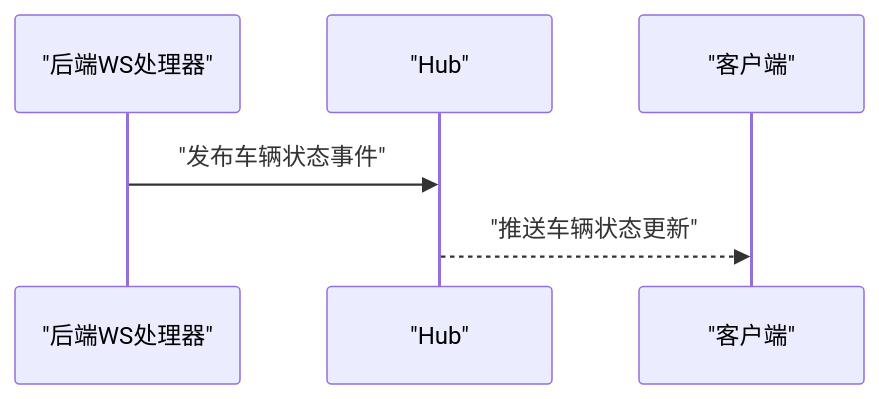
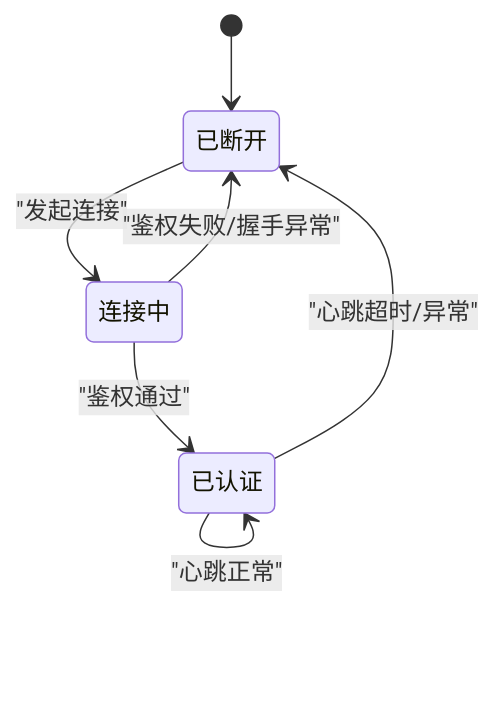
One commit to zmdhdu/NexusCockpit changed the fifth of 6 diagrams in .qoder/repowiki/zh/content/API接口文档/WebSocket实时通信接口.md. Above: the diagram before and after it, drawn with Mermaid. The commit also changed other lines of this file and 478 other files, not shown here.

````diff
--- a/.qoder/repowiki/zh/content/API接口文档/WebSocket实时通信接口.md
+++ b/.qoder/repowiki/zh/content/API接口文档/WebSocket实时通信接口.md
@@ -250,8 +248,9 @@
 ```mermaid
-sequenceDiagram
-participant B as "后端WS处理器"
-participant H as "Hub"
-participant C as "客户端"
-B->>H : "发布车辆状态事件"
-H-->>C : "推送车辆状态更新"
+stateDiagram-v2
+[*] --> 已断开
+已断开 --> 连接中 : "发起连接"
+连接中 --> 已认证 : "鉴权通过"
+连接中 --> 已断开 : "鉴权失败/握手异常"
+已认证 --> 已认证 : "心跳正常"
+已认证 --> 已断开 : "心跳超时/异常"
 ```
````
